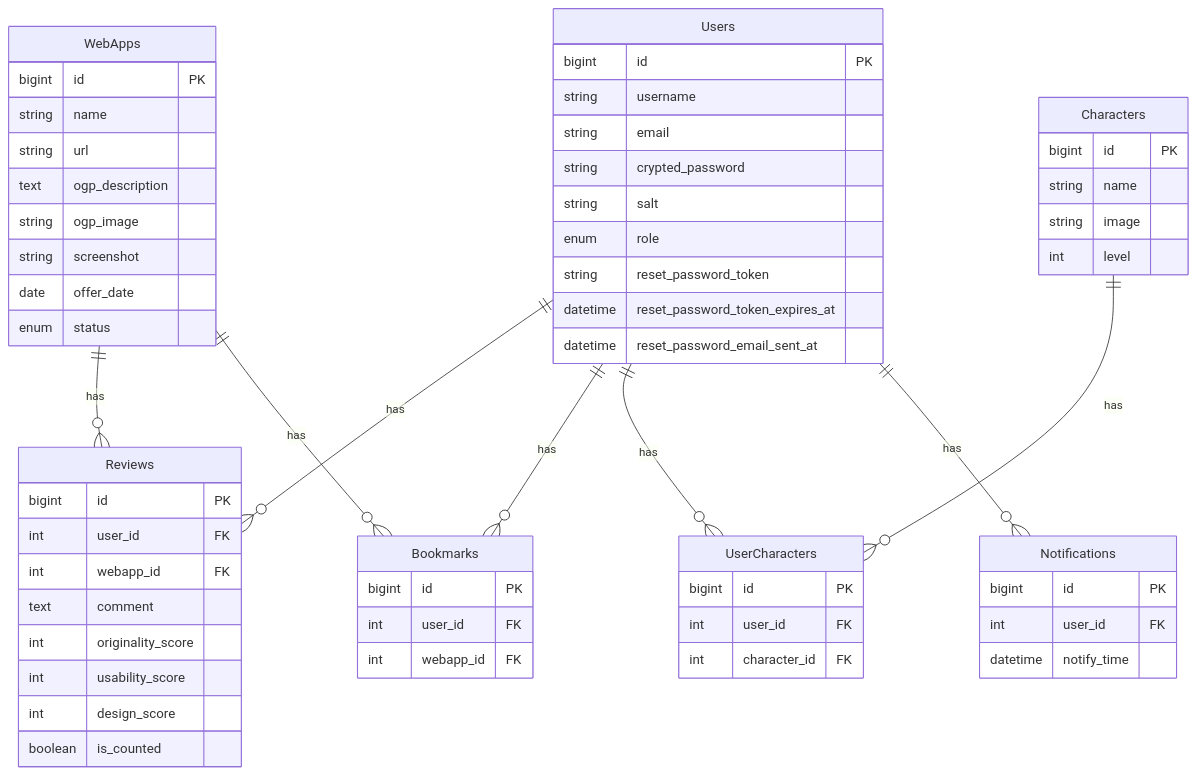
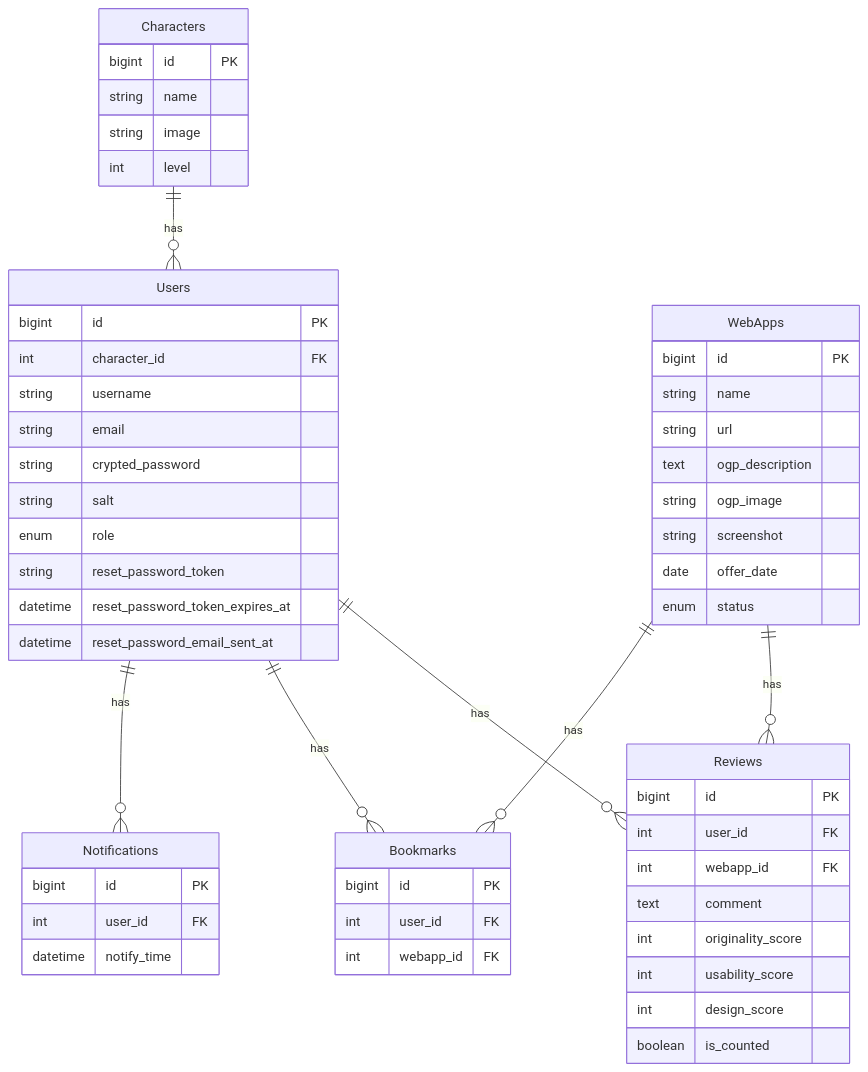
One commit to hiroshi-okimura/web_app_diary changed the diagram in README.md. Above: the diagram before and after it, drawn with Mermaid.

````diff
--- a/README.md
+++ b/README.md
@@ -94,62 +94,57 @@
 ```mermaid
 erDiagram
   Users ||--o{ Reviews : has
   Users ||--o{ Bookmarks : has
-  Users ||--o{ UserCharacters : has
   Users ||--o{ Notifications : has
   WebApps ||--o{ Reviews : has
   WebApps ||--o{ Bookmarks : has
-  Characters ||--o{ UserCharacters : has
+  Characters ||--o{ Users : has
   Users {
 	bigint id PK
+        int character_id FK
 	string username
 	string email
 	string crypted_password
 	string salt
 	enum role
 	string reset_password_token
 	datetime reset_password_token_expires_at
 	datetime reset_password_email_sent_at
   }
   WebApps {
 	bigint id PK
 	string name
 	string url
 	text ogp_description
 	string ogp_image
 	string screenshot
 	date offer_date
 	enum status
   }
   Reviews {
 	bigint id PK
 	int user_id FK
 	int webapp_id FK
 	text comment
 	int originality_score
 	int usability_score
 	int design_score
 	boolean is_counted
   }
   Bookmarks {
 	bigint id PK
 	int user_id FK
 	int webapp_id FK
   }
   Characters {
 	bigint id PK
 	string name
 	string image
 	int level
   }
-  UserCharacters {
-	bigint id PK
-	int user_id FK
-	int character_id FK
-  }
   Notifications {
 	bigint id PK
 	int user_id FK
 	datetime notify_time
   }
 ```
````
